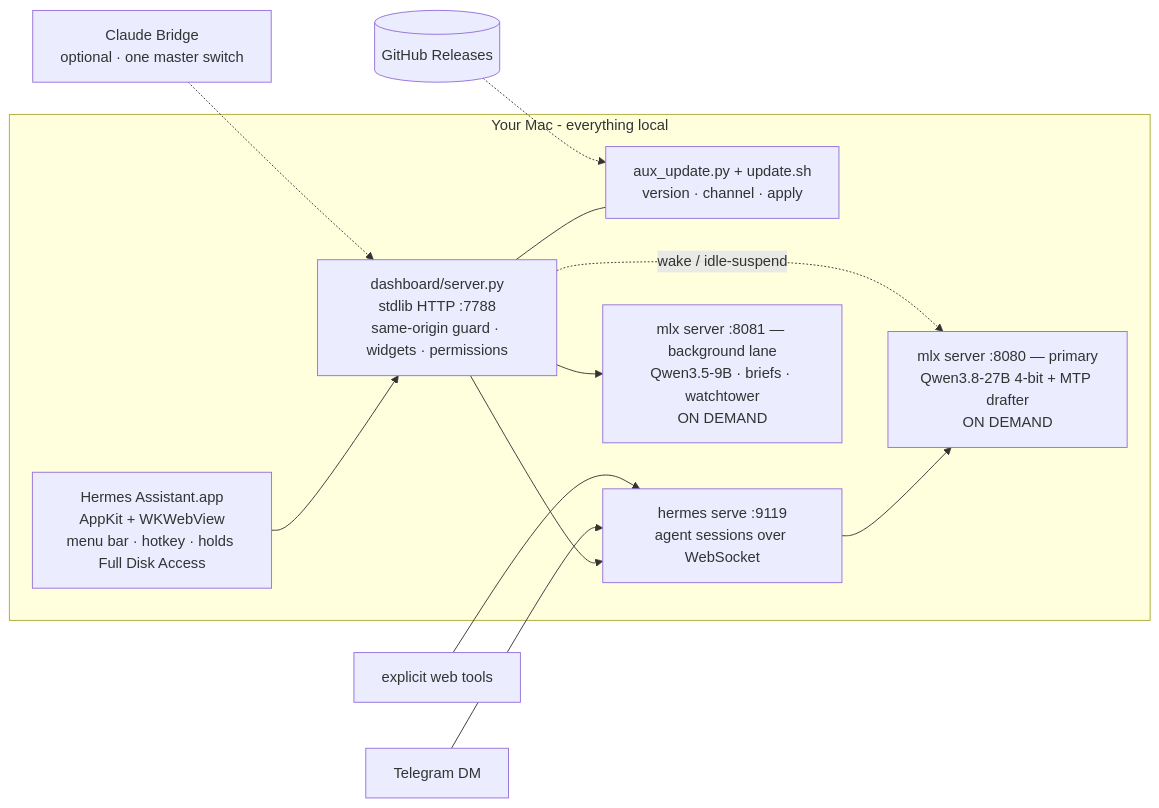
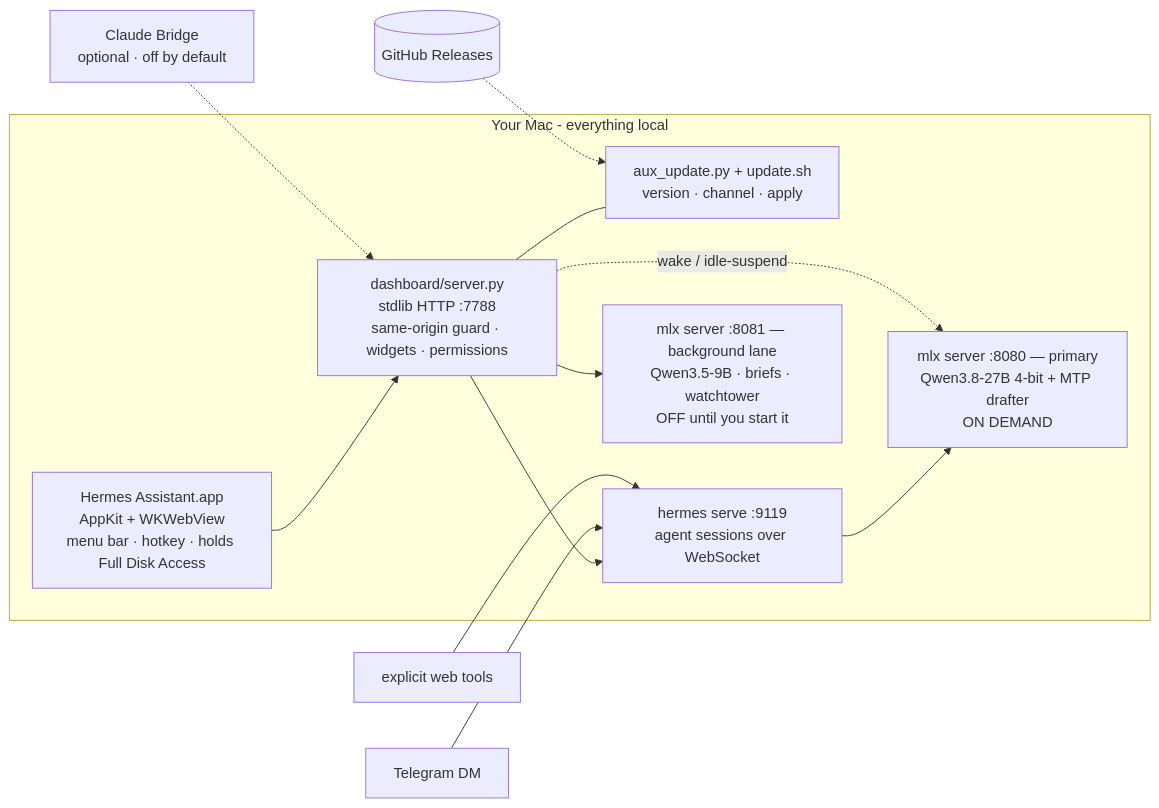
One commit to Emran05/hermes-assistant-local changed the diagram in README.md. Above: the diagram before and after it, drawn with Mermaid. The commit also changed other lines of this file and 702 other files, not shown here.

````diff
--- a/README.md
+++ b/README.md
@@ -75,21 +108,21 @@
 ```mermaid
 flowchart LR
     subgraph mac [Your Mac - everything local]
         app[Hermes Assistant.app<br/>AppKit + WKWebView<br/>menu bar · hotkey · holds Full Disk Access]
         dash[dashboard/server.py<br/>stdlib HTTP :7788<br/>same-origin guard · widgets · permissions]
         upd[aux_update.py + update.sh<br/>version · channel · apply]
         serve[hermes serve :9119<br/>agent sessions over WebSocket]
         mlx[mlx server :8080 — primary<br/>Qwen3.8-27B 4-bit + MTP drafter<br/>ON DEMAND]
-        bg[mlx server :8081 — background lane<br/>Qwen3.5-9B · briefs · watchtower<br/>ON DEMAND]
+        bg[mlx server :8081 — background lane<br/>Qwen3.5-9B · briefs · watchtower<br/>OFF until you start it]
         app --> dash
         dash --> serve
         serve --> mlx
         dash --> bg
         dash -. wake / idle-suspend .-> mlx
         dash --- upd
     end
     tg[Telegram DM] --> serve
     web[explicit web tools] --> serve
-    claude[Claude Bridge<br/>optional · one master switch] -.-> dash
+    claude[Claude Bridge<br/>optional · off by default] -.-> dash
     gh[(GitHub Releases)] -.-> upd
 ```
````
